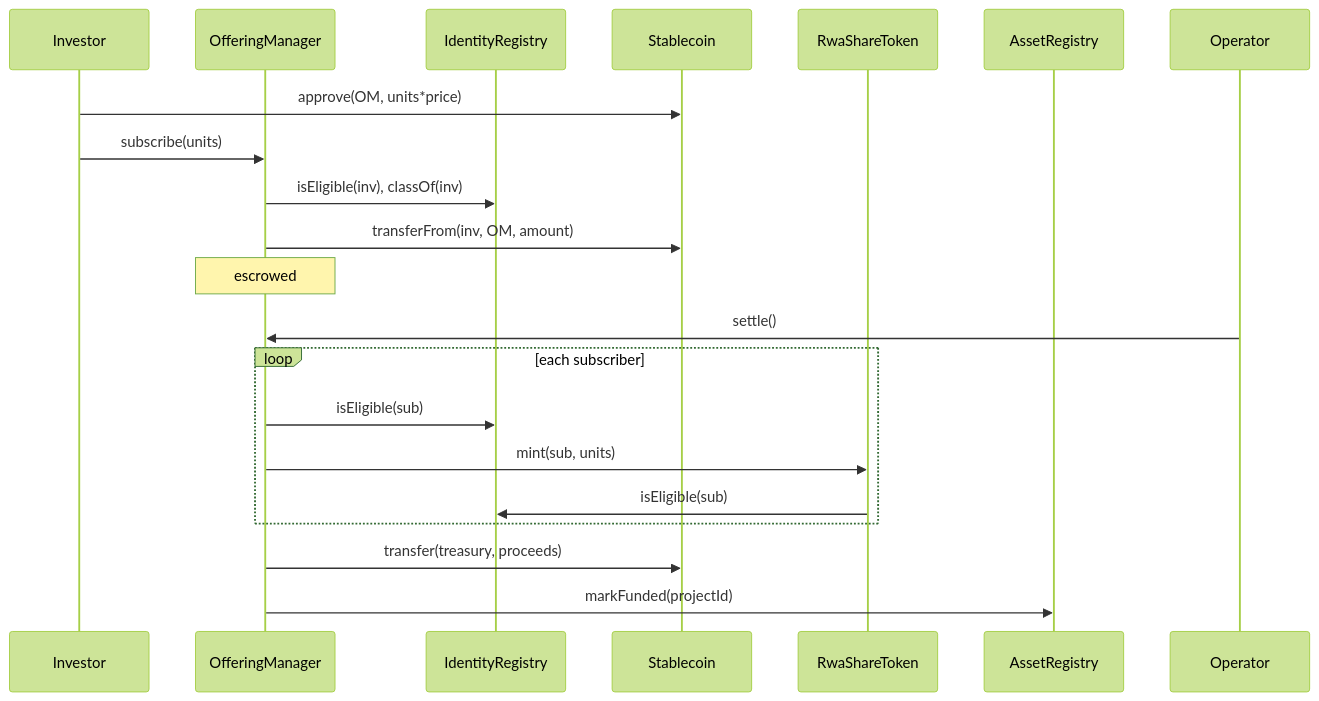
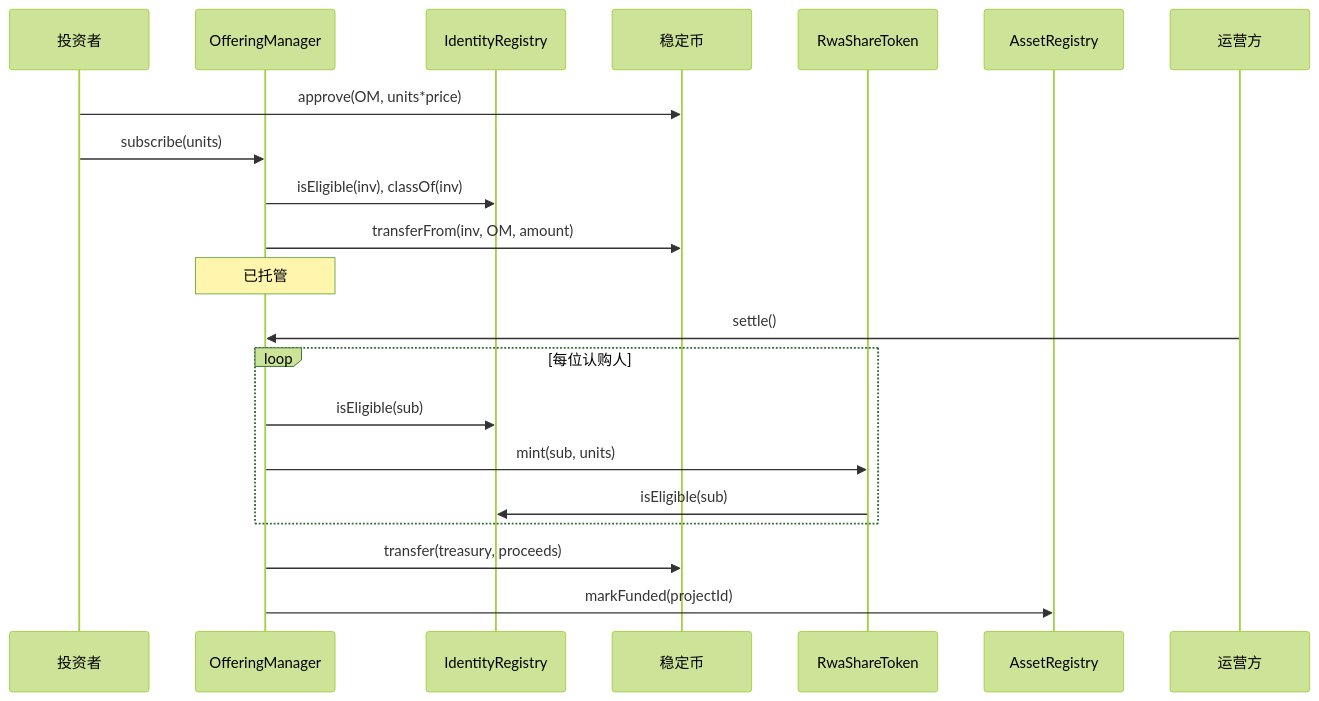
Before and after one commit to AgntSpark1/Roboshare: the first of 2 diagrams in docs/SMART_CONTRACT_SPEC.md, drawn with Mermaid (forest theme). The commit also changed other lines of this file and 15 other files, not shown here.

````diff
--- a/docs/SMART_CONTRACT_SPEC.md
+++ b/docs/SMART_CONTRACT_SPEC.md
@@ -325,23 +325,23 @@
 ```mermaid
 sequenceDiagram
-  participant Inv as Investor
+  participant Inv as 投资者
   participant OM as OfferingManager
   participant IR as IdentityRegistry
-  participant SC as Stablecoin
+  participant SC as 稳定币
   participant T as RwaShareToken
   participant AR as AssetRegistry
   Inv->>SC: approve(OM, units*price)
   Inv->>OM: subscribe(units)
   OM->>IR: isEligible(inv), classOf(inv)
   OM->>SC: transferFrom(inv, OM, amount)
-  Note over OM: escrowed
-  participant Op as Operator
+  Note over OM: 已托管
+  participant Op as 运营方
   Op->>OM: settle()
-  loop each subscriber
+  loop 每位认购人
     OM->>IR: isEligible(sub)
     OM->>T: mint(sub, units)
     T->>IR: isEligible(sub)
   end
   OM->>SC: transfer(treasury, proceeds)
   OM->>AR: markFunded(projectId)
 ```
````
